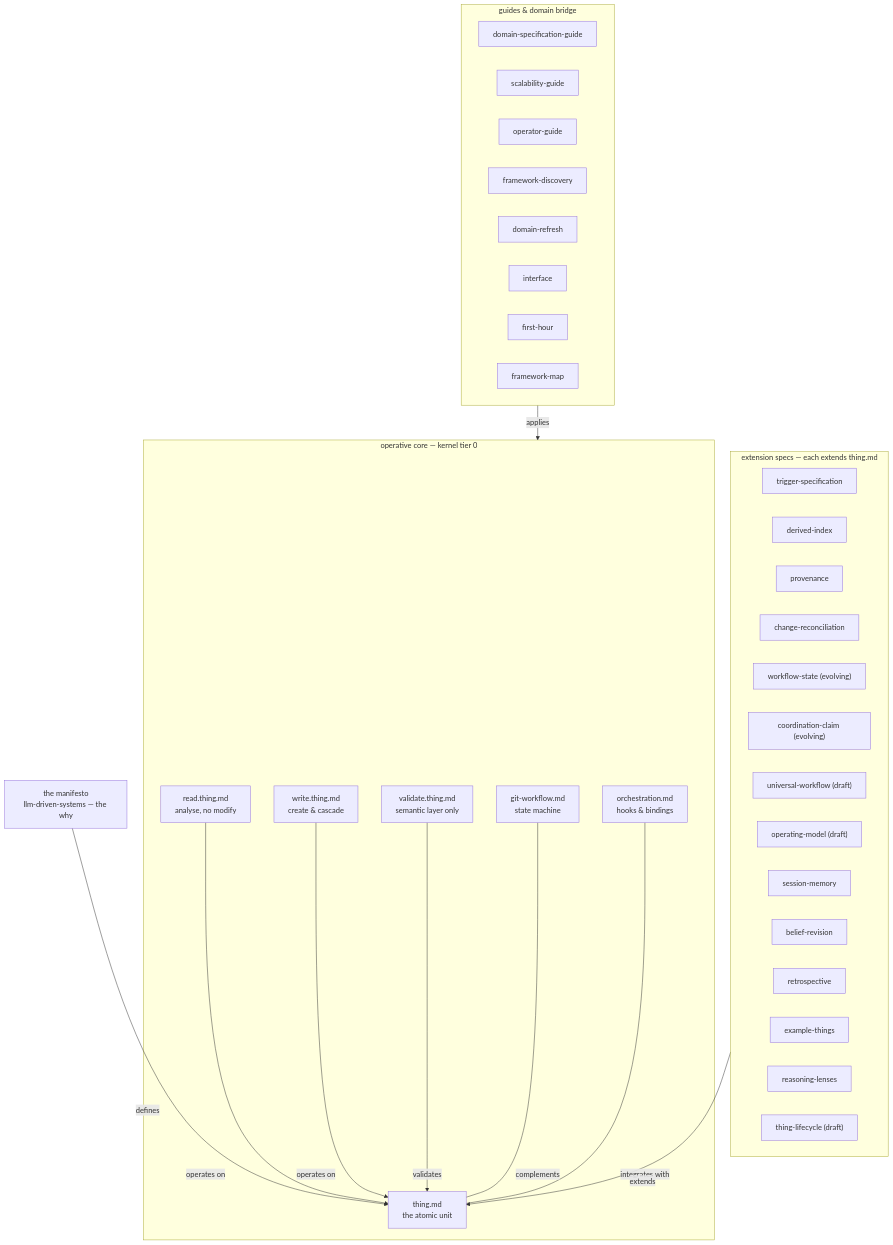
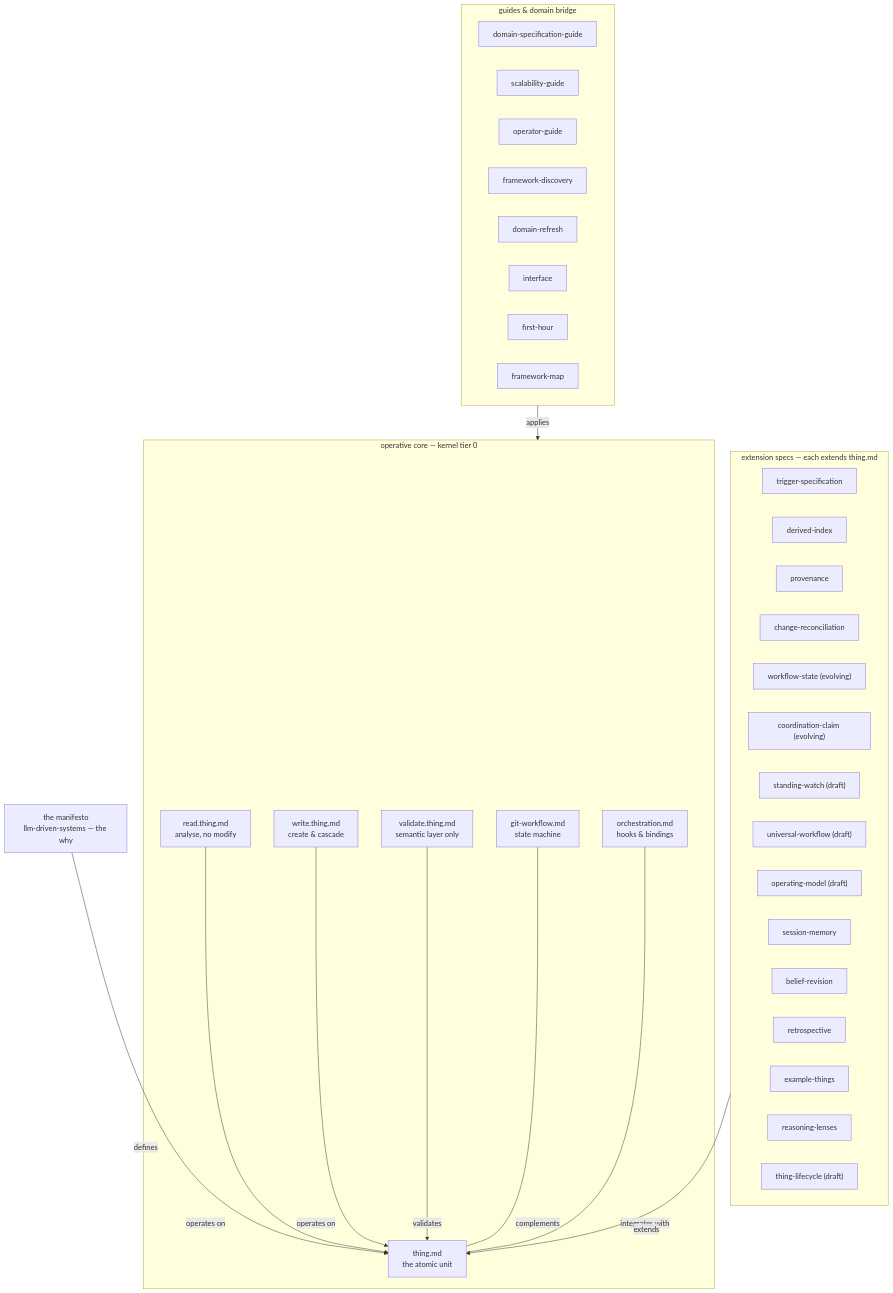
Before and after one commit to JanoshMoshiri/MarkdownLLM: the second of 5 diagrams in docs/framework-map.md, drawn with Mermaid. The commit also changed other lines of this file and 11 other files, not shown here.

````diff
--- a/docs/framework-map.md
+++ b/docs/framework-map.md
@@ -134,66 +134,67 @@
 ```mermaid
 flowchart TD
     accTitle: View 2 - the spec layer, showing what defines what
     accDescr {
         Everything centres on thing.md, the atomic unit. The manifesto defines
         it. Around it sits the operative core, the six specs that mdllm kernel
         distils into tier 0: git-workflow.md the state machine and thing.md
         complement each other, orchestration.md for hooks and bindings
         integrates with it, and read.thing.md analyses without modifying,
         write.thing.md creates and cascades, and validate.thing.md covers the
         semantic layer only - all three operating on it. A band of extension
         specs each extends thing.md: trigger-specification, derived-index,
         provenance, change-reconciliation, workflow-state, coordination-claim,
-        universal-workflow, operating-model, session-memory, belief-revision,
+        standing-watch, universal-workflow, operating-model, session-memory, belief-revision,
         retrospective, example-things, reasoning-lenses and thing-lifecycle. A separate band of guides and the
         domain bridge - domain-specification-guide, scalability-guide,
         operator-guide, framework-discovery, domain-refresh, interface,
         first-hour and framework-map - applies to the core rather than defining
         any semantics. The navigation rule: when lost, start at thing.md and
         follow one extends edge outward.
     }
     MAN["the manifesto<br/>llm-driven-systems — the why"]
     subgraph core ["operative core — kernel tier 0"]
         GITW["git-workflow.md<br/>state machine"]
         THING["thing.md<br/>the atomic unit"]
         ORCH["orchestration.md<br/>hooks & bindings"]
         READ["read.thing.md<br/>analyse, no modify"]
         WRITE["write.thing.md<br/>create & cascade"]
         VAL["validate.thing.md<br/>semantic layer only"]
     end
     subgraph ext ["extension specs — each extends thing.md"]
         TRIG["trigger-specification"]
         DIDX["derived-index"]
         PROV["provenance"]
         CRECON["change-reconciliation"]
         WSTATE["workflow-state (evolving)"]
         COORD["coordination-claim (evolving)"]
+        SWATCH["standing-watch (draft)"]
         UWORK["universal-workflow (draft)"]
         OPMODEL["operating-model (draft)"]
         SMEM["session-memory"]
         BREV["belief-revision"]
         RETRO["retrospective"]
         EXTH["example-things"]
         LENS["reasoning-lenses"]
         LIFE["thing-lifecycle (draft)"]
     end
     subgraph guides ["guides & domain bridge"]
         DSG["domain-specification-guide"]
         SCAL["scalability-guide"]
         OPG["operator-guide"]
         DISC["framework-discovery"]
         REFR["domain-refresh"]
         IFACE["interface"]
         FH["first-hour"]
         FMAP["framework-map"]
     end
 
     MAN -->|defines| THING
     READ -->|operates on| THING
     WRITE -->|operates on| THING
     VAL -->|validates| THING
     GITW ---|complements| THING
     ORCH ---|integrates with| THING
     ext -->|extends| THING
     guides -->|applies| core
 ```
````
